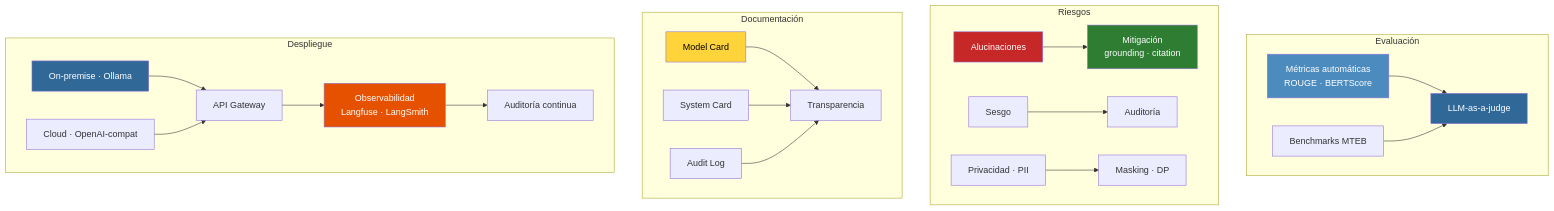
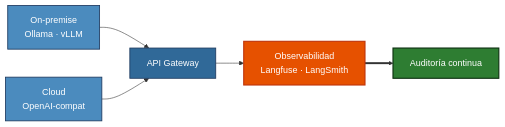
Before and after one commit to Adamychen/m10_quarto: the fourth of 5 diagrams in bloque4/04-gobernanza.qmd, drawn with Mermaid. The commit also changed other lines of this file and 5 other files, not shown here.

First line of the commit message:
Estandarizando paleta de colores y tema de mermaid

````diff
--- a/bloque4/04-gobernanza.qmd
+++ b/bloque4/04-gobernanza.qmd
@@ -18,30 +72,18 @@
 ```{mermaid}
-graph TD
-    subgraph "Evaluación"
-        A[Métricas automáticas<br/>ROUGE · BERTScore] --> D[LLM-as-a-judge]
-        B[Benchmarks MTEB] --> D
-    end
-    subgraph "Riesgos"
-        E[Alucinaciones] --> H[Mitigación<br/>grounding · citation]
-        F[Sesgo] --> I[Auditoría]
-        G[Privacidad · PII] --> J[Masking · DP]
-    end
-    subgraph "Documentación"
-        K[Model Card] --> N[Transparencia]
-        L[System Card] --> N
-        M[Audit Log] --> N
-    end
-    subgraph "Despliegue"
-        O[On-premise · Ollama] --> P[API Gateway]
-        Q[Cloud · OpenAI-compat] --> P
-        P --> R[Observabilidad<br/>Langfuse · LangSmith]
-        R --> S[Auditoría continua]
-    end
-    style A fill:#4B8BBE,color:#fff
-    style D fill:#306998,color:#fff
-    style E fill:#c62828,color:#fff
-    style H fill:#2e7d32,color:#fff
-    style K fill:#FFD43B,color:#000
-    style O fill:#306998,color:#fff
-    style R fill:#e65100,color:#fff
+flowchart LR
+    classDef input fill:#4B8BBE,stroke:#1e3a5f,color:#fff,stroke-width:1.5px
+    classDef proc fill:#306998,stroke:#1e3a5f,color:#fff,stroke-width:1.5px
+    classDef obs fill:#e65100,stroke:#bf360c,color:#fff,stroke-width:2px
+    classDef out fill:#2e7d32,stroke:#0d3010,color:#fff,stroke-width:2px
+
+    O["On-premise<br/>Ollama · vLLM"]:::input
+    P["Cloud<br/>OpenAI-compat"]:::input
+    Q["API Gateway"]:::proc
+    R["Observabilidad<br/>Langfuse · LangSmith"]:::obs
+    S["Auditoría continua"]:::out
+
+    O --> Q
+    P --> Q
+    Q --> R
+    R ==> S
 ```
````
